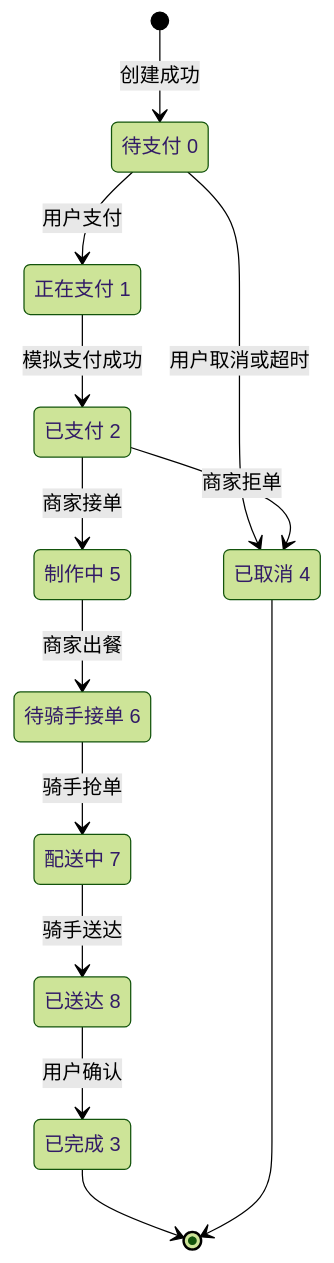
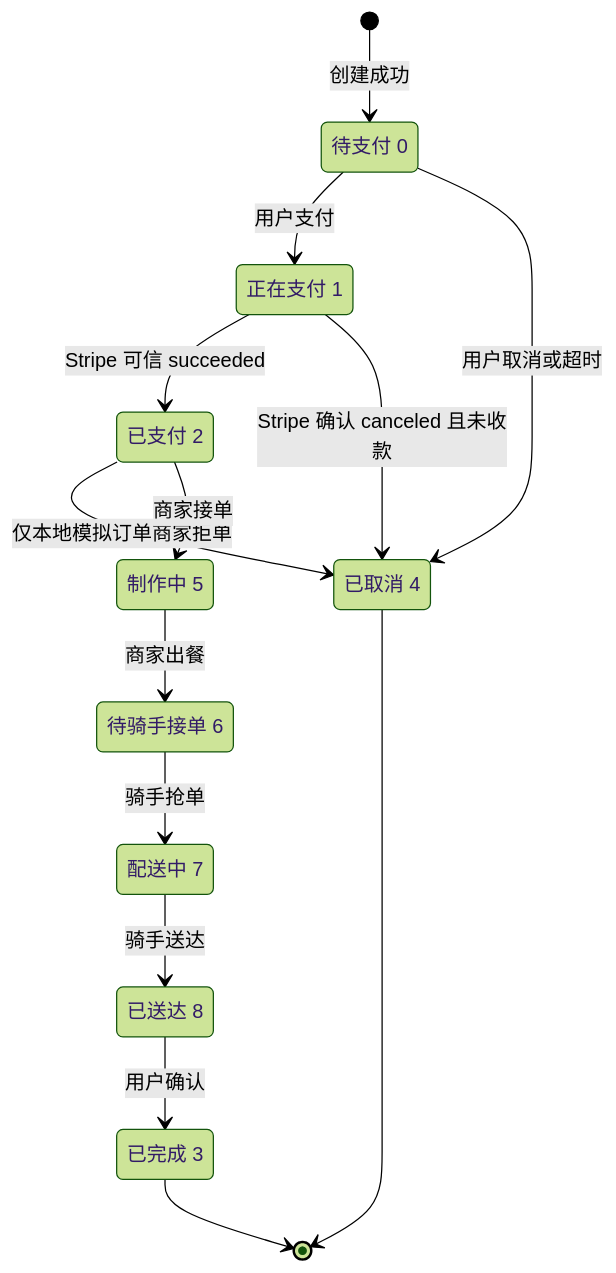
The first of 4 diagrams in docs/architecture/03-order-lifecycle.md (Zhyhash/takeout-project), drawn with Mermaid (forest theme) before and after one commit. The commit also changed other lines of this file and 47 other files, not shown here.

````diff
--- a/docs/architecture/03-order-lifecycle.md
+++ b/docs/architecture/03-order-lifecycle.md
@@ -7,25 +7,26 @@
 ```mermaid
 stateDiagram-v2
     direction TB
     state "待支付 0" as WaitPay
     state "正在支付 1" as Paying
     state "已支付 2" as Paid
     state "制作中 5" as Preparing
     state "待骑手接单 6" as Ready
     state "配送中 7" as Delivering
     state "已送达 8" as Delivered
     state "已完成 3" as Finished
     state "已取消 4" as Cancelled
     [*] --> WaitPay: 创建成功
     WaitPay --> Paying: 用户支付
-    Paying --> Paid: 模拟支付成功
+    Paying --> Paid: Stripe 可信 succeeded
     WaitPay --> Cancelled: 用户取消或超时
-    Paid --> Cancelled: 商家拒单
+    Paying --> Cancelled: Stripe 确认 canceled 且未收款
+    Paid --> Cancelled: 仅本地模拟订单商家拒单
     Paid --> Preparing: 商家接单
     Preparing --> Ready: 商家出餐
     Ready --> Delivering: 骑手抢单
     Delivering --> Delivered: 骑手送达
     Delivered --> Finished: 用户确认
     Finished --> [*]
     Cancelled --> [*]
 ```
````
